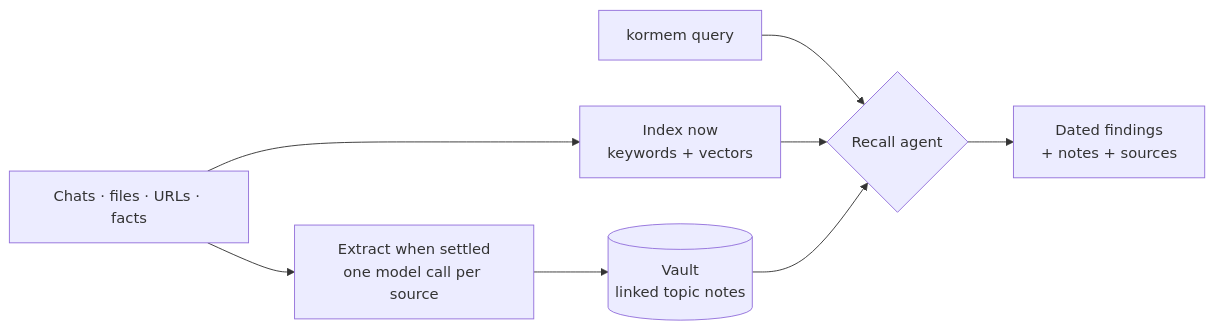
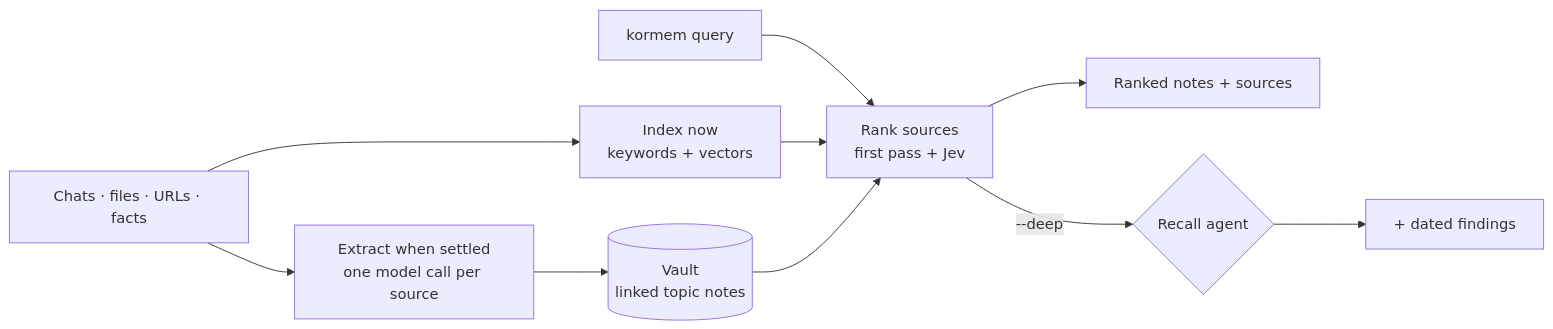
Before and after one commit to kushalsinha/kormem: the first of 5 diagrams in README.md, drawn with Mermaid. The commit also changed other lines of this file and 21 other files, not shown here.

First line of the commit message:
Recall: Jev re-ranking by default, recall agent at high effort

````diff
--- a/README.md
+++ b/README.md
@@ -13,10 +13,12 @@
 ```mermaid
 flowchart LR
   IN["Chats · files · URLs · facts"] --> IDX["Index now<br/>keywords + vectors"]
   IN --> X["Extract when settled<br/>one model call per source"]
   X --> V[("Vault<br/>linked topic notes")]
-  Q["kormem query"] --> A{"Recall agent"}
-  IDX --> A
-  V --> A
-  A --> OUT["Dated findings<br/>+ notes + sources"]
+  Q["kormem query"] --> R["Rank sources<br/>first pass + Jev"]
+  IDX --> R
+  V --> R
+  R --> OUT["Ranked notes + sources"]
+  R -->|--deep| A{"Recall agent"}
+  A --> OUT2["+ dated findings"]
 ```
````
